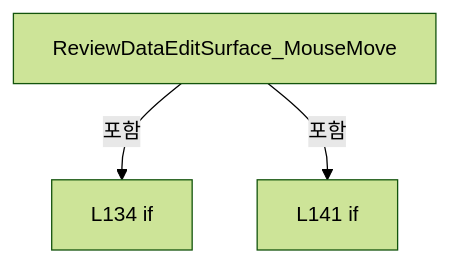
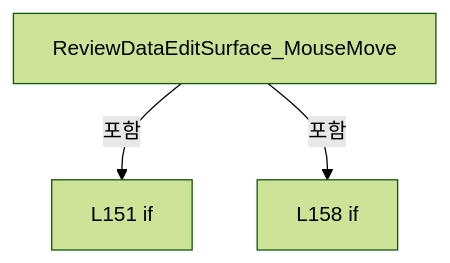
One commit to kjuws10-rgb/Shared changed the sixth of 18 diagrams in A3 LD Code Ref/files/Drilling.UI/Views/CReviewDataView.xaml.cs.md. Above: the diagram before and after it, drawn with Mermaid (forest theme). The commit also changed other lines of this file and 2071 other files, not shown here.

Commit message:
docs(a3): update 11.19.0 architecture and code reference

````diff
--- a/A3 LD Code Ref/files/Drilling.UI/Views/CReviewDataView.xaml.cs.md
+++ b/A3 LD Code Ref/files/Drilling.UI/Views/CReviewDataView.xaml.cs.md
@@ -597,8 +712,8 @@
 ```mermaid
 flowchart TD
  M["ReviewDataEditSurface_MouseMove"]
- N0["L134 if"]
+ N0["L151 if"]
  M -->|포함| N0
- N1["L141 if"]
+ N1["L158 if"]
  M -->|포함| N1
 ```
````
